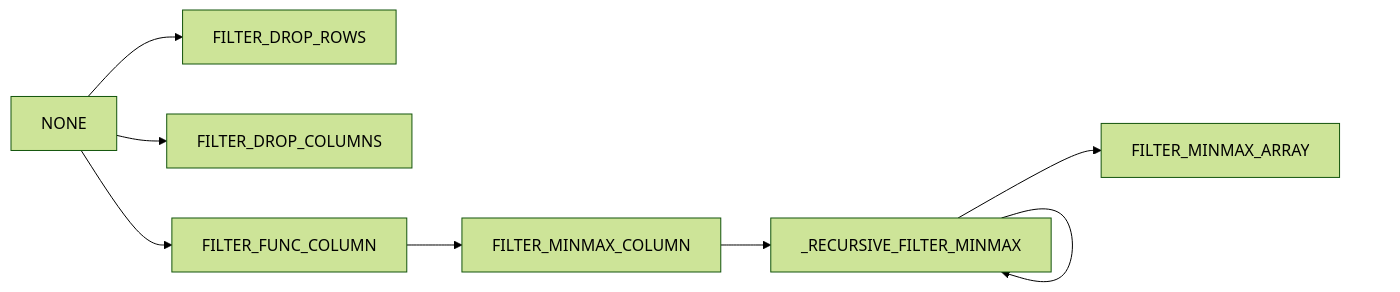
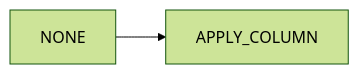
Before and after one commit to taruma/feidlambda: the first of 10 diagrams in release/feidlambda-0-4.qmd, drawn with Mermaid. The commit also changed other lines of this file and 1 other file, not shown here.

Commit message:
apply docs

````diff
--- a/release/feidlambda-0-4.qmd
+++ b/release/feidlambda-0-4.qmd
@@ -86,15 +102,9 @@
 ```{mermaid}
 %%| label: fig-dep-apply
 %%| fig-cap: Grafik _dependencies_ kategori `APPLY_*`
 %%| fig-height: 100%
 %%{ init: { 'theme': 'forest' } }%%
 
 flowchart LR
-  NONE --> FILTER_DROP_ROWS
-  NONE --> FILTER_DROP_COLUMNS
-  NONE --> FILTER_FUNC_COLUMN
-  FILTER_FUNC_COLUMN --> FILTER_MINMAX_COLUMN
-  FILTER_MINMAX_COLUMN --> _RECURSIVE_FILTER_MINMAX
-  _RECURSIVE_FILTER_MINMAX --> _RECURSIVE_FILTER_MINMAX
-  _RECURSIVE_FILTER_MINMAX --> FILTER_MINMAX_ARRAY
+  NONE --> APPLY_COLUMN
 ```
````
